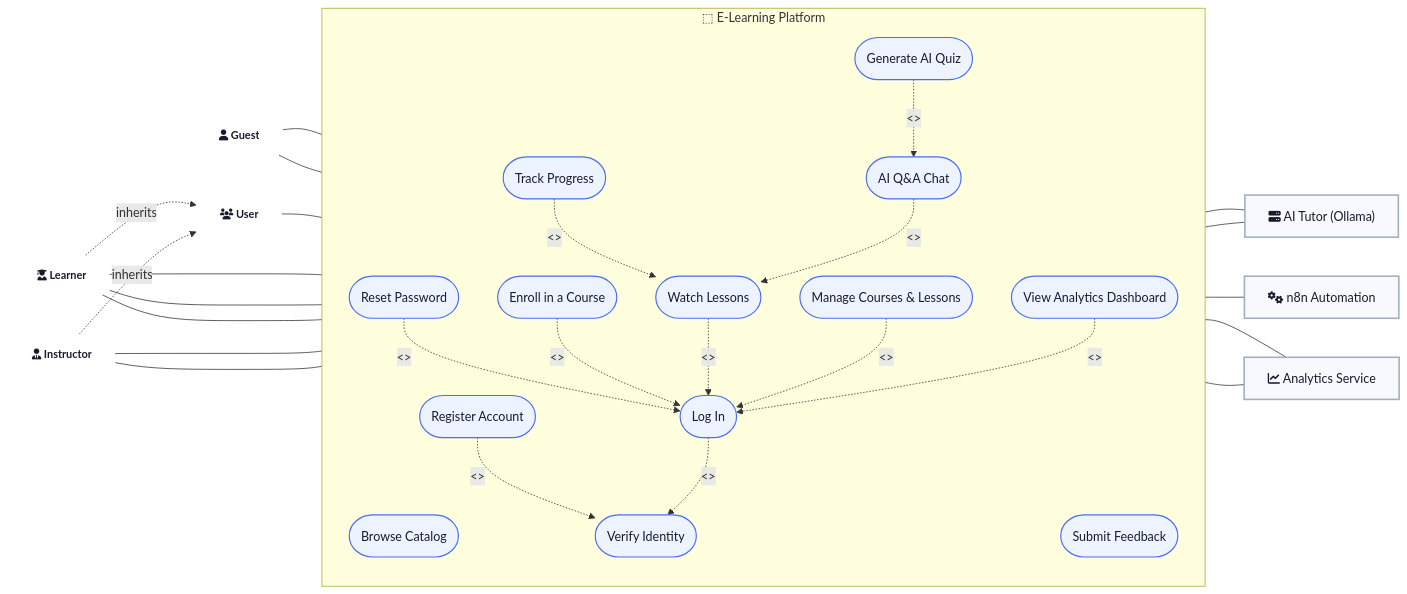
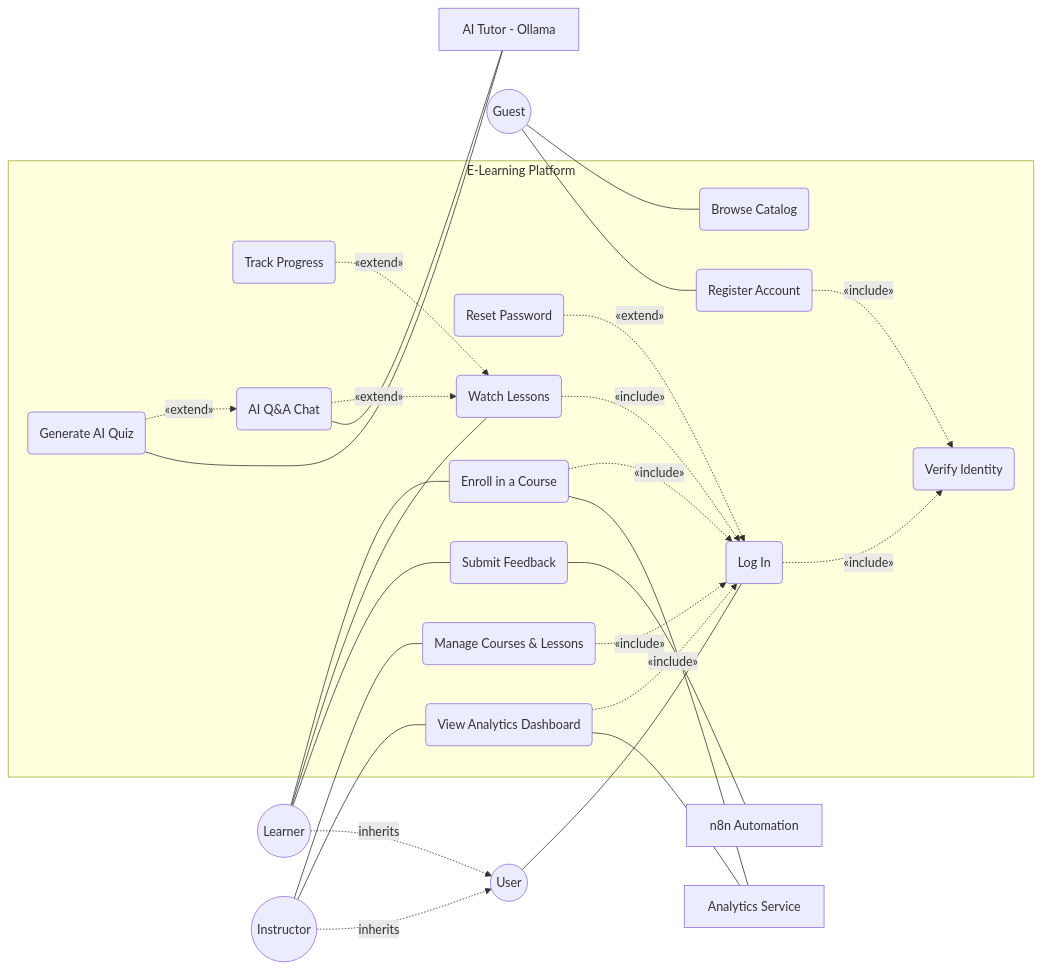
The seventh of 10 diagrams in architecture.md (Sen-Se1/elearning-microservice-platform), drawn with Mermaid before and after one commit.

Commit message:
docs: update use case diagram to include new actors, associations, and refined workflow relationships

````diff
--- a/architecture.md
+++ b/architecture.md
@@ -211,75 +211,69 @@
 ```mermaid
 flowchart LR
-    classDef actor  fill:none,stroke:none,font-weight:bold,font-size:14px,color:#1a1a2e
-    classDef uc     fill:#EEF4FF,stroke:#4A6CF7,stroke-width:1.5px,color:#1a1a2e,rx:30,ry:30
-    classDef sys    fill:#F8F9FF,stroke:#A0AEC0,stroke-width:2px,color:#1a1a2e
-
-    %% Left Actors (Users)
-    Guest["fa:fa-user Guest"]:::actor
-    User["fa:fa-users User"]:::actor
-    Learner["fa:fa-user-graduate Learner"]:::actor
-    Instructor["fa:fa-user-tie Instructor"]:::actor
-
-    %% Right Actors (External Systems)
-    Ollama["fa:fa-server AI Tutor (Ollama)"]:::sys
-    N8N["fa:fa-cogs n8n Automation"]:::sys
-    AnalyticSvc["fa:fa-chart-line Analytics Service"]:::sys
+    %% Primary Actors (Left)
+    Guest((Guest))
+    User((User))
+    Learner((Learner))
+    Instructor((Instructor))
 
     %% Actor Generalization
     Learner -. "inherits" .-> User
     Instructor -. "inherits" .-> User
 
-    subgraph Platform ["  ⬚  E-Learning Platform  "]
-        direction TB
+    subgraph Platform [E-Learning Platform]
+        UC_Browse(Browse Catalog)
+        UC_Reg(Register Account)
+        UC_Login(Log In)
+        UC_Verify(Verify Identity)
+        UC_Reset(Reset Password)
 
-        UC_Browse("Browse Catalog"):::uc
-        UC_Reg("Register Account"):::uc
-        UC_Login("Log In"):::uc
-        UC_Verify("Verify Identity"):::uc
-        UC_Reset("Reset Password"):::uc
+        UC_Enroll(Enroll in a Course)
+        UC_Watch(Watch Lessons)
+        UC_Track(Track Progress)
 
-        UC_Enroll("Enroll in a Course"):::uc
-        UC_Watch("Watch Lessons"):::uc
-        UC_Track("Track Progress"):::uc
-
-        UC_Chat("AI Q&A Chat"):::uc
-        UC_Quiz("Generate AI Quiz"):::uc
-        UC_Feedback("Submit Feedback"):::uc
+        UC_Chat(AI Q&A Chat)
+        UC_Quiz(Generate AI Quiz)
+        UC_Feedback(Submit Feedback)
         
-        UC_Manage("Manage Courses & Lessons"):::uc
-        UC_Analytics("View Analytics Dashboard"):::uc
+        UC_Manage(Manage Courses & Lessons)
+        UC_Analytics(View Analytics Dashboard)
     end
 
-    %% ── Primary Actor associations (Left) ───────────────────
+    %% Secondary Actors / Systems (Right)
+    Ollama[AI Tutor - Ollama]
+    N8N[n8n Automation]
+    AnalyticSvc[Analytics Service]
+
+    %% ── Actor to Use Case associations ──
     Guest --- UC_Browse
     Guest --- UC_Reg
     User --- UC_Login
 
     Learner --- UC_Enroll
     Learner --- UC_Watch
     Learner --- UC_Feedback
 
     Instructor --- UC_Manage
     Instructor --- UC_Analytics
 
-    %% ── UML Stereotypes (Includes & Extends) ────────────────
-    UC_Reg -. "<<Includes>>" .-> UC_Verify
-    UC_Login -. "<<Includes>>" .-> UC_Verify
-    UC_Reset -. "<<Extends>>" .-> UC_Login
+    %% ── UML Stereotypes (Includes & Extends) ──
+    UC_Reg -. "«include»" .-> UC_Verify
+    UC_Login -. "«include»" .-> UC_Verify
+    UC_Reset -. "«extend»" .-> UC_Login
     
-    UC_Enroll -. "<<Includes>>" .-> UC_Login
-    UC_Watch -. "<<Includes>>" .-> UC_Login
-    UC_Manage -. "<<Includes>>" .-> UC_Login
-    UC_Analytics -. "<<Includes>>" .-> UC_Login
+    UC_Enroll -. "«include»" .-> UC_Login
+    UC_Watch -. "«include»" .-> UC_Login
+    UC_Manage -. "«include»" .-> UC_Login
+    UC_Analytics -. "«include»" .-> UC_Login
     
-    UC_Track -. "<<Extends>>" .-> UC_Watch
-    UC_Chat -. "<<Extends>>" .-> UC_Watch
-    UC_Quiz -. "<<Extends>>" .-> UC_Chat
+    UC_Track -. "«extend»" .-> UC_Watch
+    UC_Chat -. "«extend»" .-> UC_Watch
+    UC_Quiz -. "«extend»" .-> UC_Chat
 
-    %% ── Secondary Actor associations (Right) ────────────────
+    %% ── Use Case to System associations ──
     UC_Chat --- Ollama
     UC_Quiz --- Ollama
     UC_Feedback --- N8N
     UC_Enroll --- AnalyticSvc
     UC_Analytics --- AnalyticSvc
 ```
````
